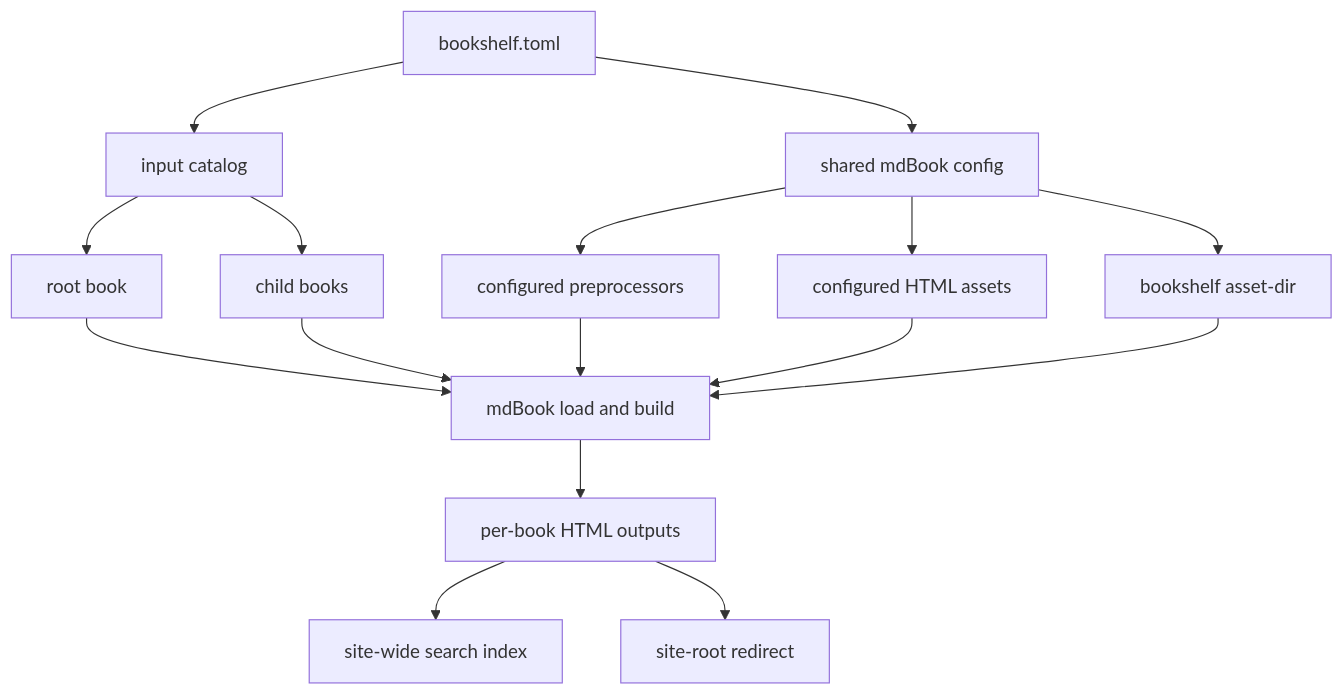
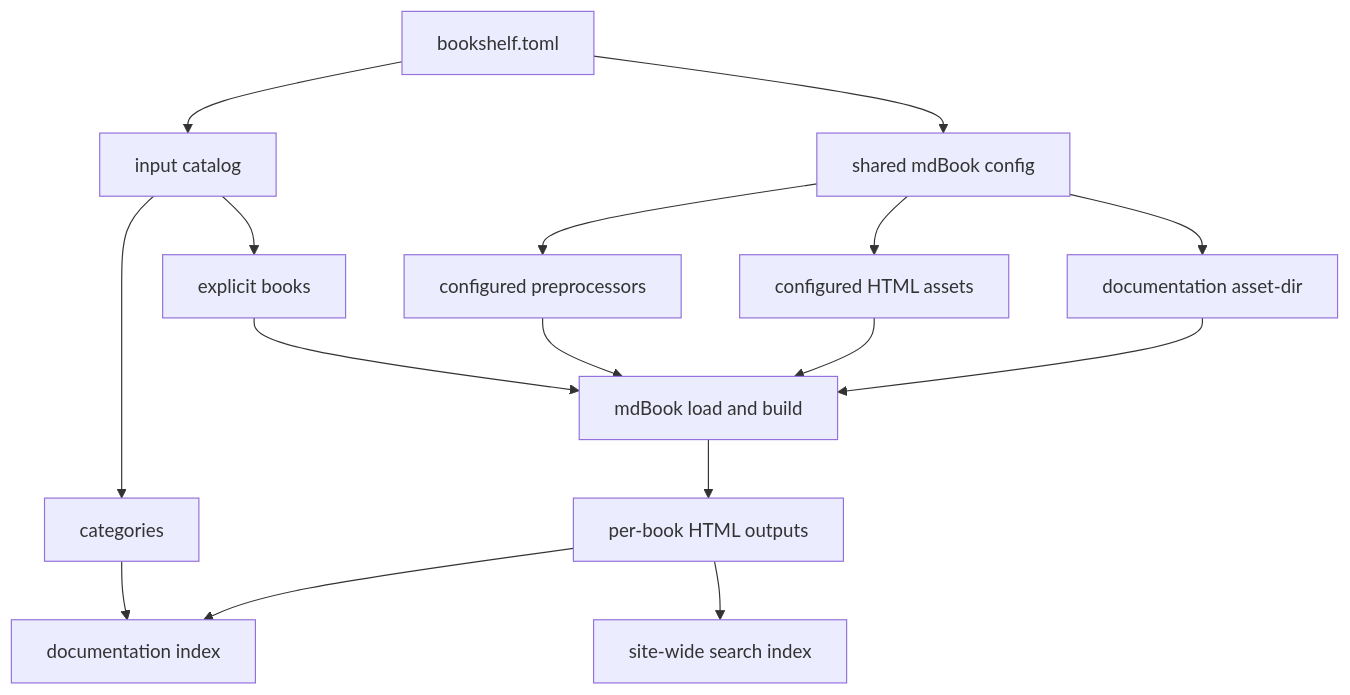
Before and after one commit to OptimalCNC/mdBook-bookshelf: the diagram in docs/contributing.md, drawn with Mermaid. The commit also changed other lines of this file and 55 other files, not shown here.

Commit message:
Use a Categorized Bookshelf book (#1)

````diff
--- a/docs/contributing.md
+++ b/docs/contributing.md
@@ -33,18 +32,18 @@
 ```mermaid
 flowchart TD
     Config["bookshelf.toml"] --> Catalog["input catalog"]
     Config --> SharedConfig["shared mdBook config"]
     SharedConfig --> Plugins["configured preprocessors"]
     SharedConfig --> Assets["configured HTML assets"]
-    SharedConfig --> RuntimeAssets["bookshelf asset-dir"]
-    Catalog --> RootBook["root book"]
-    Catalog --> ChildBooks["child books"]
-    RootBook --> MdBook["mdBook load and build"]
-    ChildBooks --> MdBook
+    SharedConfig --> RuntimeAssets["documentation asset-dir"]
+    Catalog --> Books["explicit books"]
+    Catalog --> Categories["categories"]
+    Books --> MdBook["mdBook load and build"]
     Plugins --> MdBook
     Assets --> MdBook
     RuntimeAssets --> MdBook
     MdBook --> BookOutputs["per-book HTML outputs"]
+    Categories --> DocIndex["documentation index"]
+    BookOutputs --> DocIndex
     BookOutputs --> Search["site-wide search index"]
-    BookOutputs --> Redirect["site-root redirect"]
 ```
````
